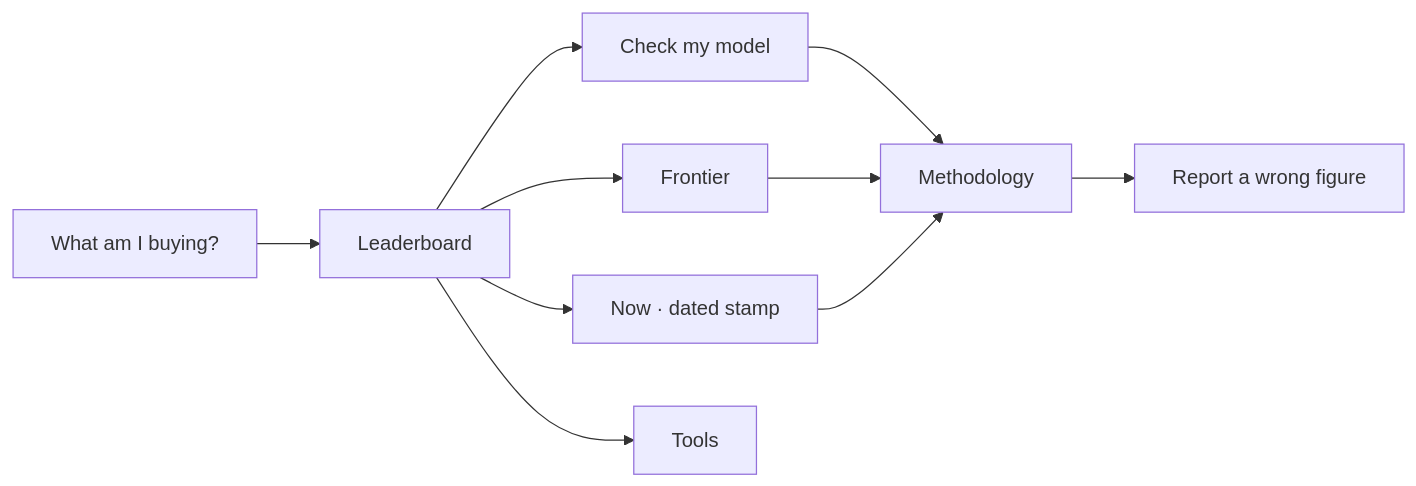
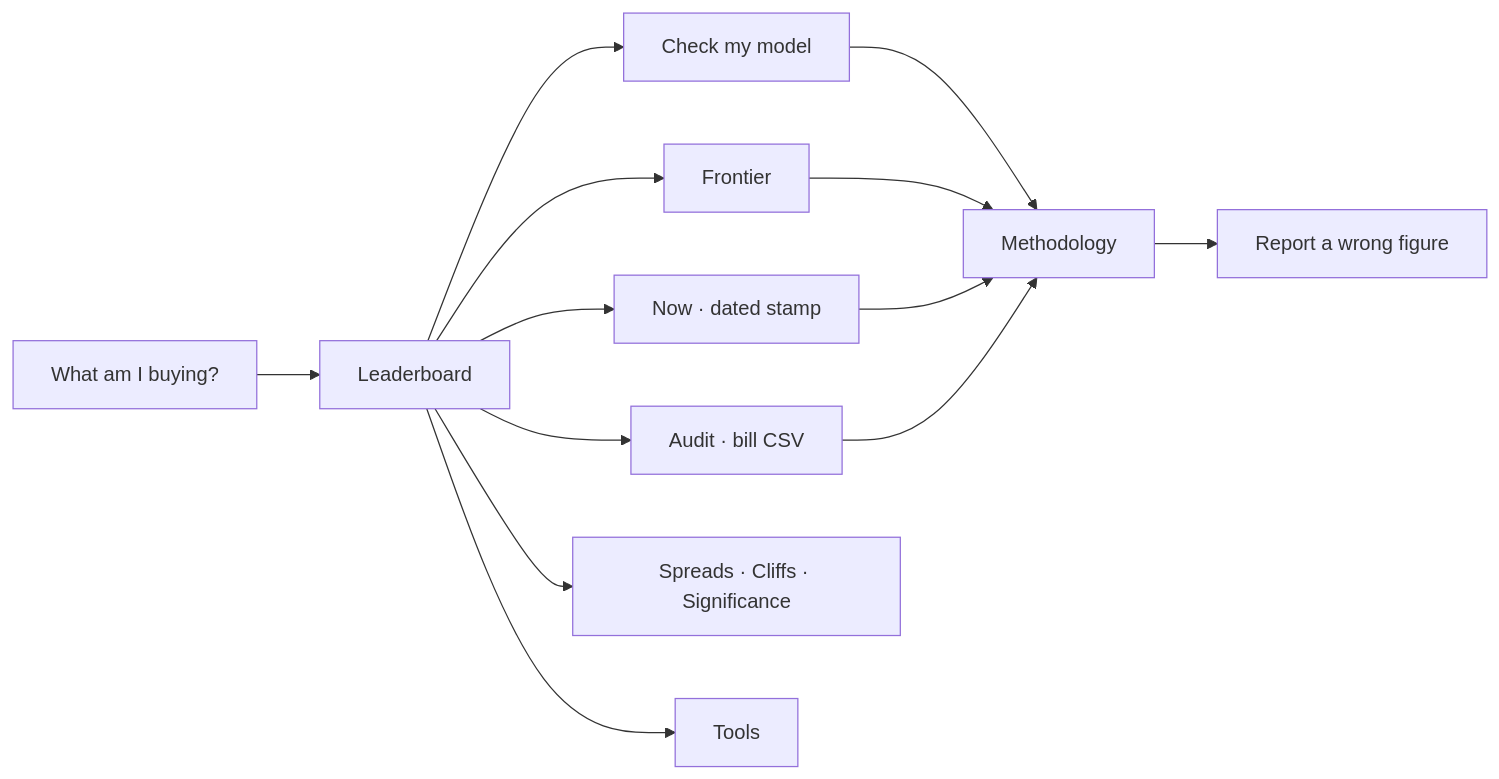
One commit to Lenvanderhof/Undominated.ai changed the diagram in README.md. Above: the diagram before and after it, drawn with Mermaid. The commit also changed other lines of this file, not shown here.

````diff
--- a/README.md
+++ b/README.md
@@ -138,12 +141,15 @@
 ```mermaid
 flowchart LR
   Q["What am I buying?"] --> L["Leaderboard"]
   L --> F["Frontier"]
   L --> C["Check my model"]
   L --> N["Now · dated stamp"]
+  L --> A["Audit · bill CSV"]
+  L --> S["Spreads · Cliffs · Significance"]
   L --> T["Tools"]
   C --> M["Methodology"]
   F --> M
   N --> M
+  A --> M
   M --> R["Report a wrong figure"]
 ```
````
